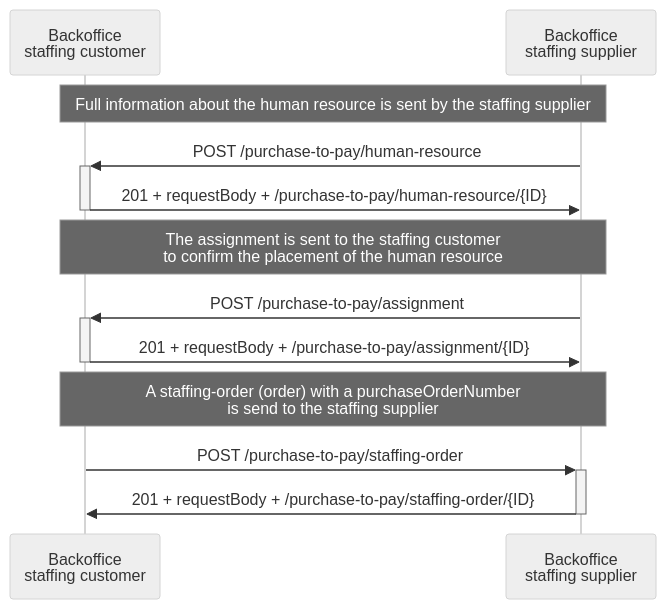
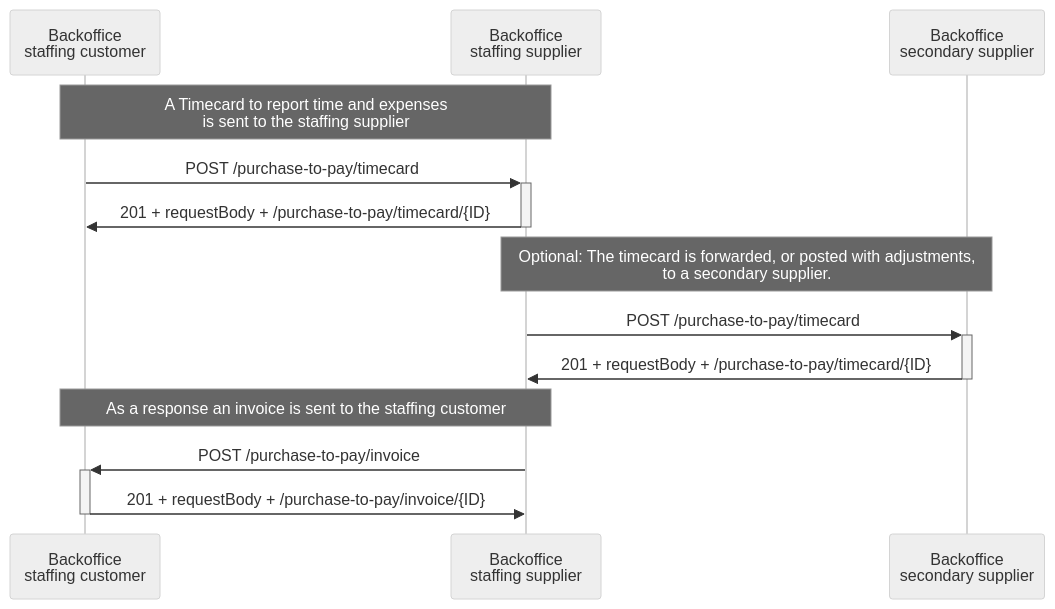
Before and after one commit to setu-standards/documentation: the third of 5 diagrams in app/docs/API Specification/purchase-to-pay/processes.md, drawn with Mermaid (neutral theme). The commit also changed other lines of this file and 1 other file, not shown here.

````diff
--- a/app/docs/API Specification/purchase-to-pay/processes.md
+++ b/app/docs/API Specification/purchase-to-pay/processes.md
@@ -159,17 +151,19 @@
 ```mermaid
 sequenceDiagram
     participant Customer as Backoffice <br/> staffing customer
     participant Supplier as Backoffice <br/> staffing supplier
-    
-    Note over Customer,Supplier: Full information about the human resource is sent by the staffing supplier 
-    Supplier ->>+ Customer: POST /purchase-to-pay/human-resource
-    Customer ->>- Supplier: 201 + requestBody + /purchase-to-pay/human-resource/{ID}
+    participant Second as Backoffice <br/> secondary supplier
 
-    Note over Customer,Supplier: The assignment is sent to the staffing customer <br/> to confirm the placement of the human resource
-    Supplier ->>+ Customer: POST /purchase-to-pay/assignment
-    Customer ->>- Supplier: 201 + requestBody + /purchase-to-pay/assignment/{ID}
+    Note over Customer,Supplier: A Timecard to report time and expenses <br/> is sent to the staffing supplier
+    Customer ->>+ Supplier: POST /purchase-to-pay/timecard
+    Supplier ->>- Customer: 201 + requestBody + /purchase-to-pay/timecard/{ID}
 
-    Note over Customer,Supplier: A staffing-order (order) with a purchaseOrderNumber <br/> is send to the staffing supplier 
-    Customer ->>+ Supplier: POST /purchase-to-pay/staffing-order
-    Supplier ->>- Customer: 201 + requestBody + /purchase-to-pay/staffing-order/{ID}
+    Note over Supplier, Second: Optional: The timecard is forwarded, or posted with adjustments, <br/> to a secondary supplier.
+    Supplier ->>+ Second: POST /purchase-to-pay/timecard
+    Second ->>- Supplier: 201 + requestBody + /purchase-to-pay/timecard/{ID}
+
+    Note over Customer,Supplier: As a response an invoice is sent to the staffing customer
+    Supplier ->>+ Customer: POST /purchase-to-pay/invoice
+    Customer ->>- Supplier: 201 + requestBody + /purchase-to-pay/invoice/{ID}
+   
 ```
````
